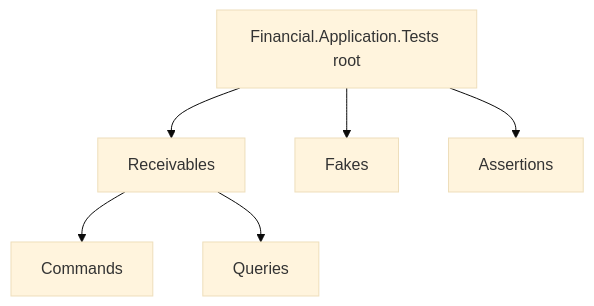
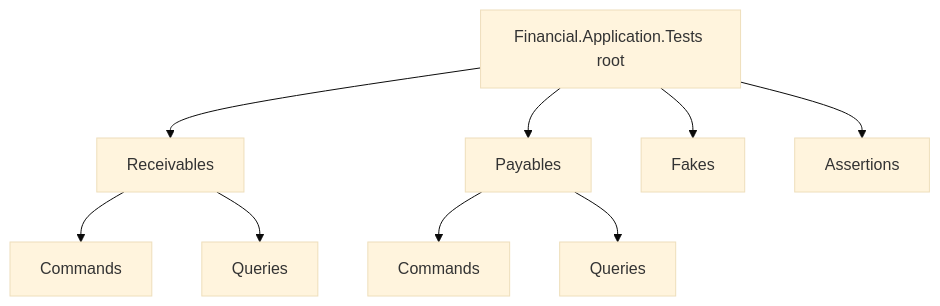
One commit to mohamedgamal17/Invoria changed the sixth of 7 diagrams in ai/Architecture.md. Above: the diagram before and after it, drawn with Mermaid (base theme). The commit also changed other lines of this file, not shown here.

Commit message:
docs: document the payables bounded context in Architecture.md

````diff
--- a/ai/Architecture.md
+++ b/ai/Architecture.md
@@ -705,9 +743,12 @@
 ```mermaid
 flowchart TB
   root[Financial.Application.Tests root]
   root --> Recv[Receivables]
+  root --> Pay[Payables]
   root --> Fakes[Fakes]
   root --> Assertions[Assertions]
   Recv --> RCmd[Commands]
   Recv --> RQry[Queries]
+  Pay --> PCmd[Commands]
+  Pay --> PQry[Queries]
 ```
````
